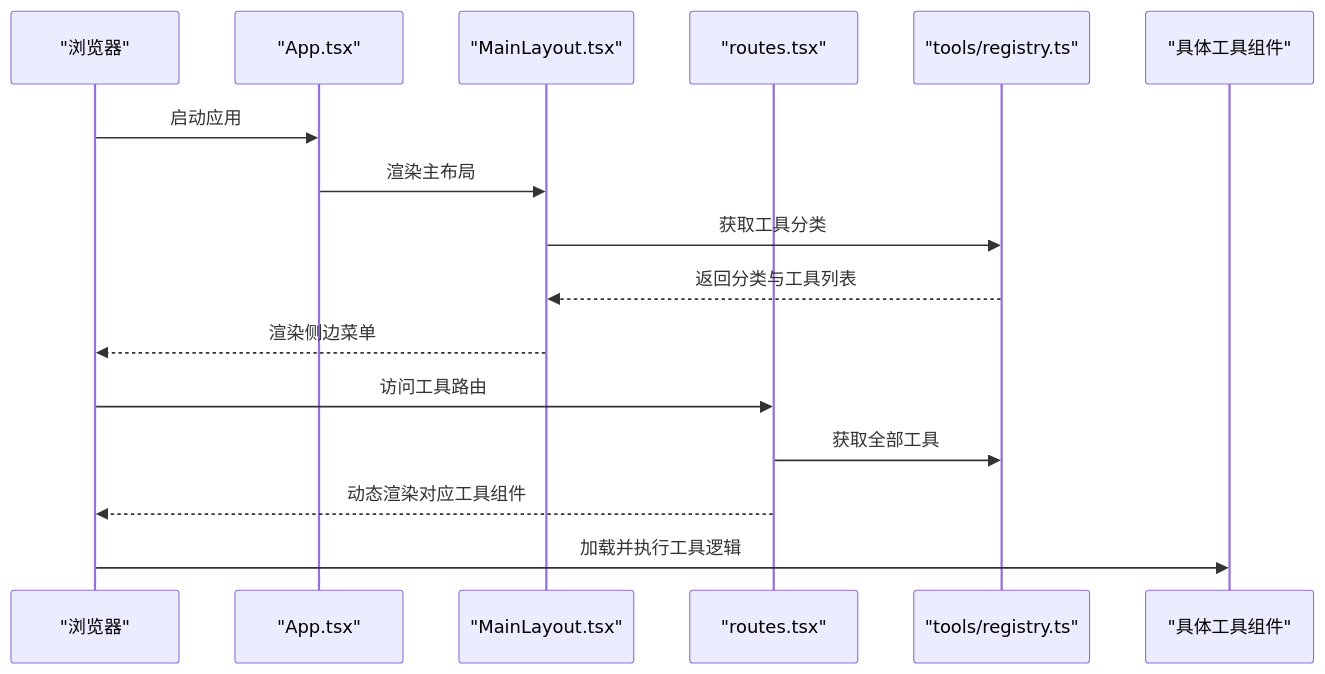
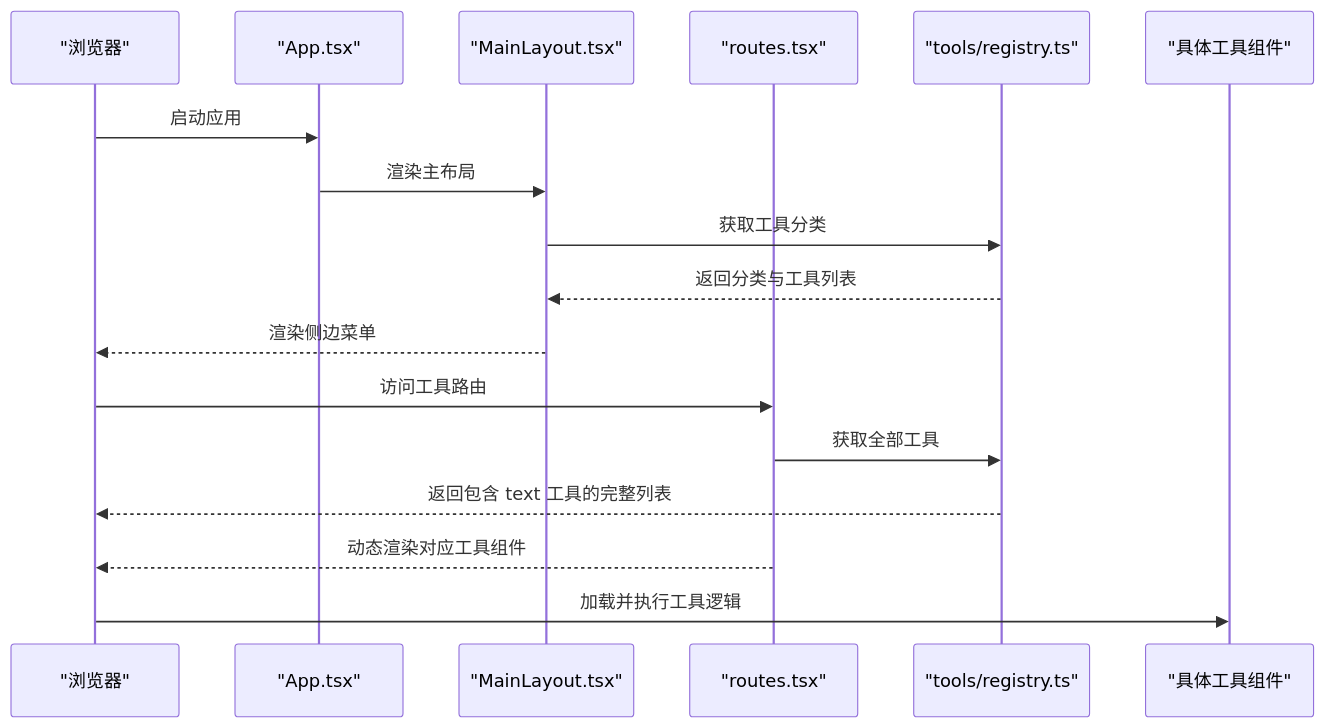
The second of 9 diagrams in .qoder/repowiki/zh/content/工具系统.md (xkdaq/XKUtil), drawn with Mermaid before and after one commit. The commit also changed other lines of this file and 81 other files, not shown here.

````diff
--- a/.qoder/repowiki/zh/content/工具系统.md
+++ b/.qoder/repowiki/zh/content/工具系统.md
@@ -121,18 +152,19 @@
 ```mermaid
 sequenceDiagram
 participant Browser as "浏览器"
 participant App as "App.tsx"
 participant Layout as "MainLayout.tsx"
 participant Routes as "routes.tsx"
 participant Registry as "tools/registry.ts"
 participant Tool as "具体工具组件"
 Browser->>App : 启动应用
 App->>Layout : 渲染主布局
 Layout->>Registry : 获取工具分类
 Registry-->>Layout : 返回分类与工具列表
 Layout-->>Browser : 渲染侧边菜单
 Browser->>Routes : 访问工具路由
 Routes->>Registry : 获取全部工具
+Registry-->>Browser : 返回包含 text 工具的完整列表
 Routes-->>Browser : 动态渲染对应工具组件
 Browser->>Tool : 加载并执行工具逻辑
 ```
````
